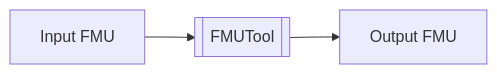
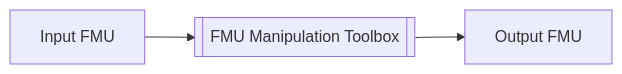
The diagram in doc/README.md (grouperenault/fmutool), drawn with Mermaid before and after one commit. The commit also changed other lines of this file and 7 other files, not shown here.

````diff
--- a/doc/README.md
+++ b/doc/README.md
@@ -4,8 +4,8 @@
 ```mermaid
 flowchart LR
     fmu_in["Input FMU"]
-    fmutool[["FMUTool"]]
+    fmumanipulationtoolbox[["FMU Manipulation Toolbox"]]
     fmu_out["Output FMU"]
-    fmu_in --> fmutool
-    fmutool --> fmu_out
+    fmu_in --> fmumanipulationtoolbox
+    fmumanipulationtoolbox --> fmu_out
 ```
````
